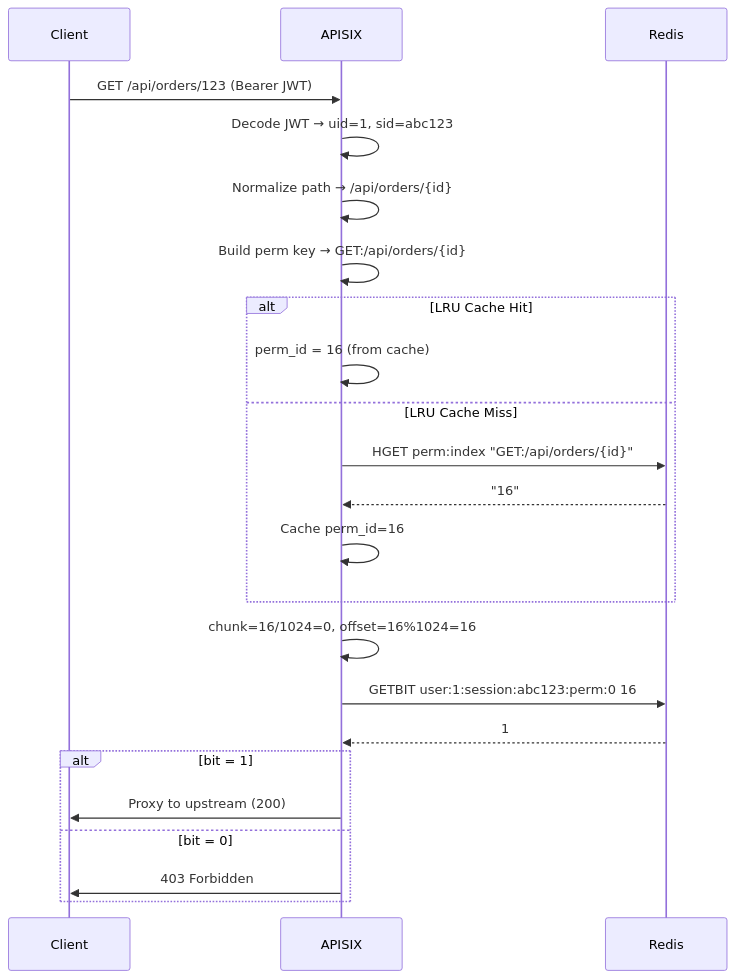
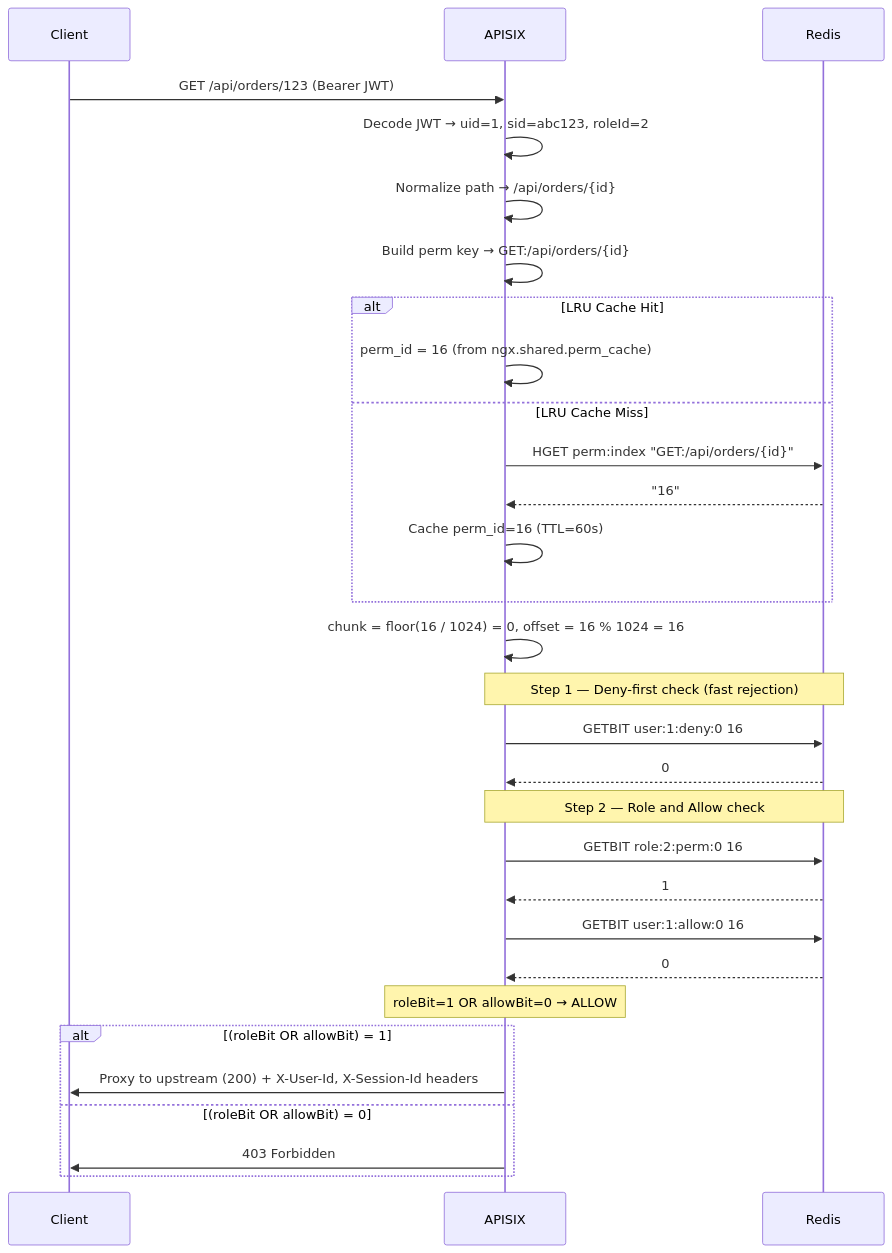
The third of 4 diagrams in docs/architecture.md (mobarakice/bitmap-authorization), drawn with Mermaid before and after one commit. The commit also changed other lines of this file and 26 other files, not shown here.

````diff
--- a/docs/architecture.md
+++ b/docs/architecture.md
@@ -64,30 +87,40 @@
 ```mermaid
 sequenceDiagram
     participant C as Client
     participant A as APISIX
     participant R as Redis
 
     C->>A: GET /api/orders/123 (Bearer JWT)
 
-    A->>A: Decode JWT → uid=1, sid=abc123
+    A->>A: Decode JWT → uid=1, sid=abc123, roleId=2
     A->>A: Normalize path → /api/orders/{id}
     A->>A: Build perm key → GET:/api/orders/{id}
 
     alt LRU Cache Hit
-        A->>A: perm_id = 16 (from cache)
+        A->>A: perm_id = 16 (from ngx.shared.perm_cache)
     else LRU Cache Miss
         A->>R: HGET perm:index "GET:/api/orders/{id}"
         R-->>A: "16"
-        A->>A: Cache perm_id=16
+        A->>A: Cache perm_id=16 (TTL=60s)
     end
 
-    A->>A: chunk=16/1024=0, offset=16%1024=16
-    A->>R: GETBIT user:1:session:abc123:perm:0 16
+    A->>A: chunk = floor(16 / 1024) = 0, offset = 16 % 1024 = 16
+
+    Note over A,R: Step 1 — Deny-first check (fast rejection)
+    A->>R: GETBIT user:1:deny:0 16
+    R-->>A: 0
+
+    Note over A,R: Step 2 — Role and Allow check
+    A->>R: GETBIT role:2:perm:0 16
     R-->>A: 1
+    A->>R: GETBIT user:1:allow:0 16
+    R-->>A: 0
 
-    alt bit = 1
-        A->>C: Proxy to upstream (200)
-    else bit = 0
+    Note over A: roleBit=1 OR allowBit=0 → ALLOW
+
+    alt (roleBit OR allowBit) = 1
+        A->>C: Proxy to upstream (200) + X-User-Id, X-Session-Id headers
+    else (roleBit OR allowBit) = 0
         A->>C: 403 Forbidden
     end
 ```
````
